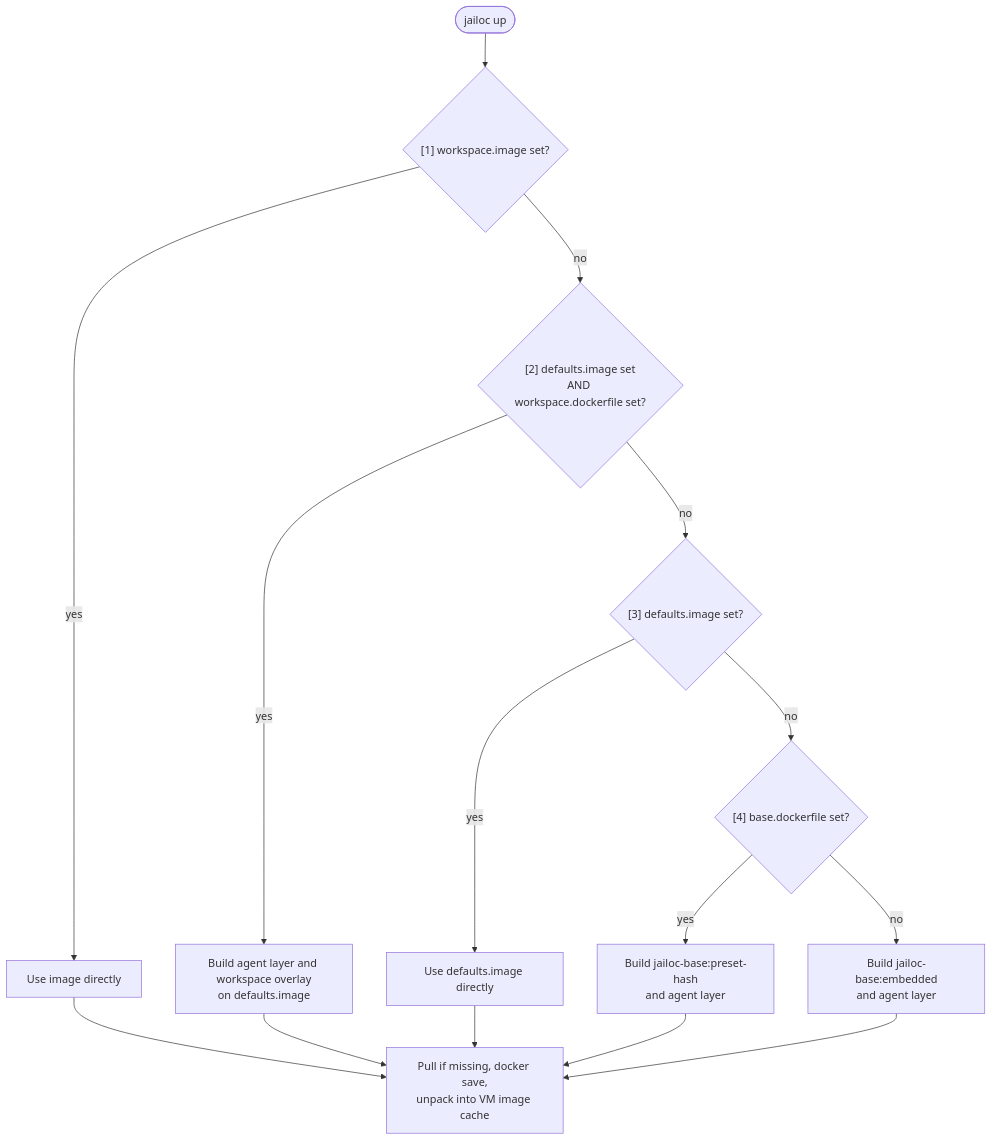
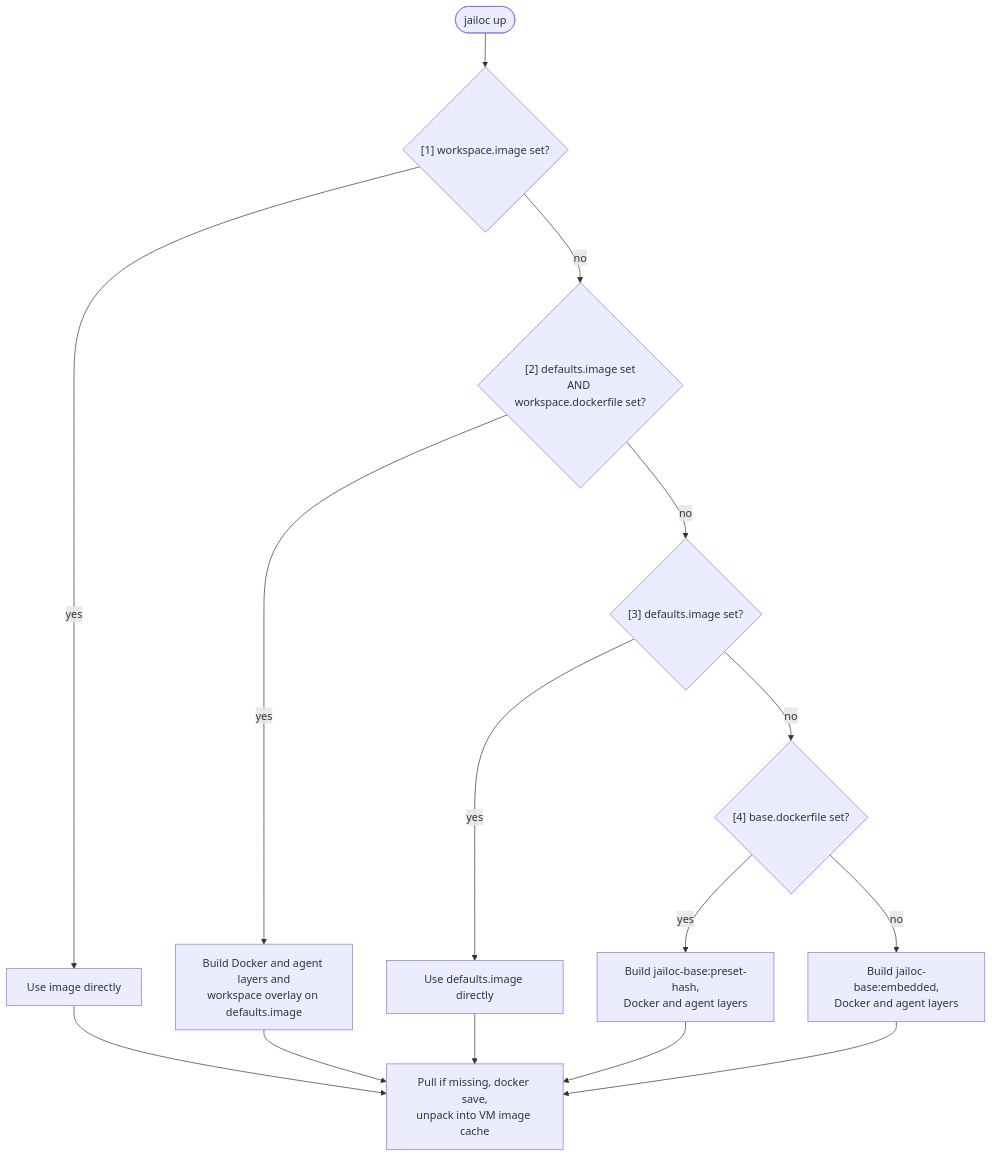
The diagram in docs/reference/image-resolution.md (seznam/jailoc), drawn with Mermaid before and after one commit. The commit also changed other lines of this file and 15 other files, not shown here.

First line of the commit message:
feat(image)!: install Docker only for workspaces with enable_docker

````diff
--- a/docs/reference/image-resolution.md
+++ b/docs/reference/image-resolution.md
@@ -24,13 +24,13 @@
 ```mermaid
 flowchart TD
   start(["jailoc up"]) --> s1{"[1] workspace.image set?"}
   s1 -- yes --> r1["Use image directly"]
   s1 -- no --> s2{"[2] defaults.image set<br>AND workspace.dockerfile set?"}
-  s2 -- yes --> r2["Build agent layer and workspace overlay<br>on defaults.image"]
+  s2 -- yes --> r2["Build Docker and agent layers and<br>workspace overlay on defaults.image"]
   s2 -- no --> s3{"[3] defaults.image set?"}
   s3 -- yes --> r3["Use defaults.image directly"]
   s3 -- no --> s4{"[4] base.dockerfile set?"}
-  s4 -- yes --> r4["Build jailoc-base:preset-hash<br>and agent layer"]
-  s4 -- no --> r5["Build jailoc-base:embedded<br>and agent layer"]
+  s4 -- yes --> r4["Build jailoc-base:preset-hash,<br>Docker and agent layers"]
+  s4 -- no --> r5["Build jailoc-base:embedded,<br>Docker and agent layers"]
   r1 & r2 & r3 & r4 & r5 --> unpack["Pull if missing, docker save,<br>unpack into VM image cache"]
 ```
````
